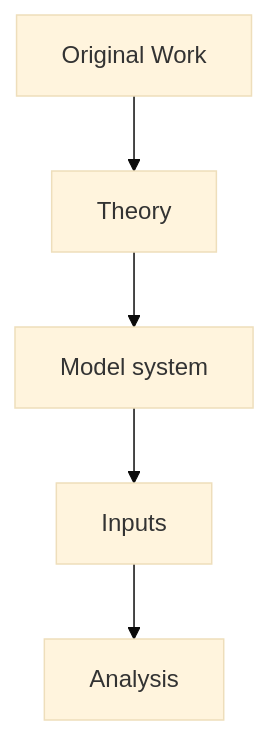
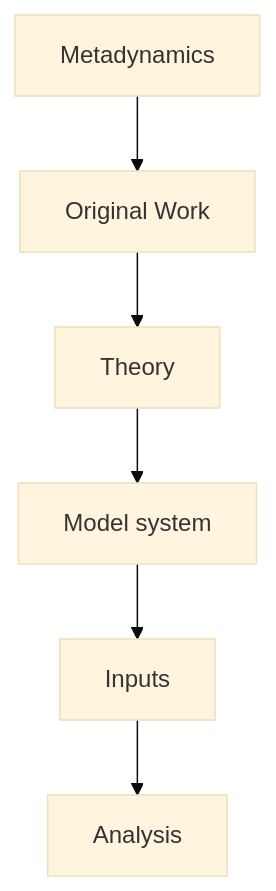
One commit to blake-armstrong/binding-tutorial-PLUMED changed the diagram in NAVIGATION.md. Above: the diagram before and after it, drawn with Mermaid (base theme). The commit also changed 2 other files, not shown here.

````diff
--- a/NAVIGATION.md
+++ b/NAVIGATION.md
@@ -28,13 +28,15 @@
 ```mermaid
 flowchart TB
-  A[Original Work] --> B[Theory]
+  F[Metadynamics] --> A[Original Work]
+  A --> B[Theory]
   B --> C[Model system]
   C --> D[Inputs]
   D --> E[Analysis]
-  
+
+  click F "ref1" "A tutorial that introduces the basics of metadynanics"
   click A "Doudou" "Theory behind computing standard binding free energies."
   click B "markdown/theory.md" "Extension to the theory for a cylindrical volume."
   click C "markdown/system.md" "Model system for surface binding calculations."
   click D "markdown/inputs.md" "Input file preparation and explanation."
   click E "markdown/analysis.md" "HILLS processing, free energy calculation and standardisation."
 ```
````
